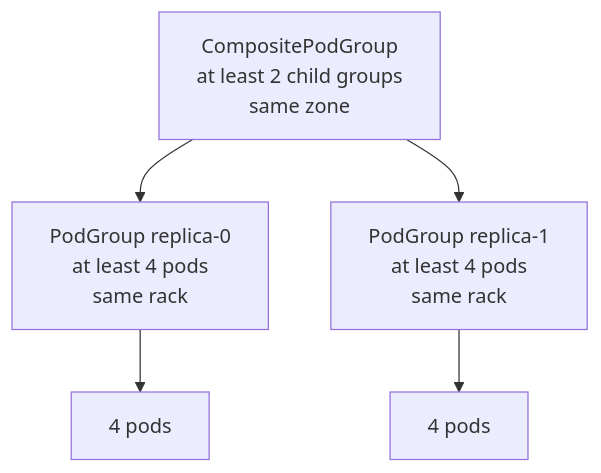
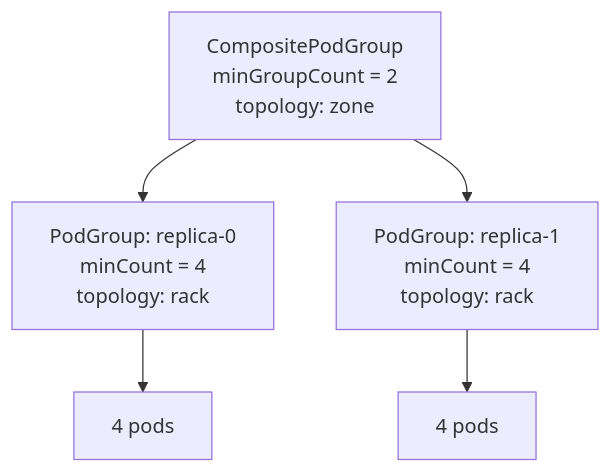
Before and after one commit to JesseStutler/volcano: the fourth of 11 diagrams in docs/research/k8s-workload-aware-scheduling-vs-volcano.md, drawn with Mermaid. The commit also changed other lines of this file and 1 other file, not shown here.

````diff
--- a/docs/research/k8s-workload-aware-scheduling-vs-volcano.md
+++ b/docs/research/k8s-workload-aware-scheduling-vs-volcano.md
@@ -309,10 +232,10 @@
 ```mermaid
 flowchart TD
-    Root["CompositePodGroup<br/>at least 2 child groups<br/>same zone"]
-    R0["PodGroup replica-0<br/>at least 4 pods<br/>same rack"]
-    R1["PodGroup replica-1<br/>at least 4 pods<br/>same rack"]
+    Root["CompositePodGroup<br/>minGroupCount = 2<br/>topology: zone"]
+    R0["PodGroup: replica-0<br/>minCount = 4<br/>topology: rack"]
+    R1["PodGroup: replica-1<br/>minCount = 4<br/>topology: rack"]
     Root --> R0
     Root --> R1
     R0 --> P0["4 pods"]
     R1 --> P1["4 pods"]
 ```
````
